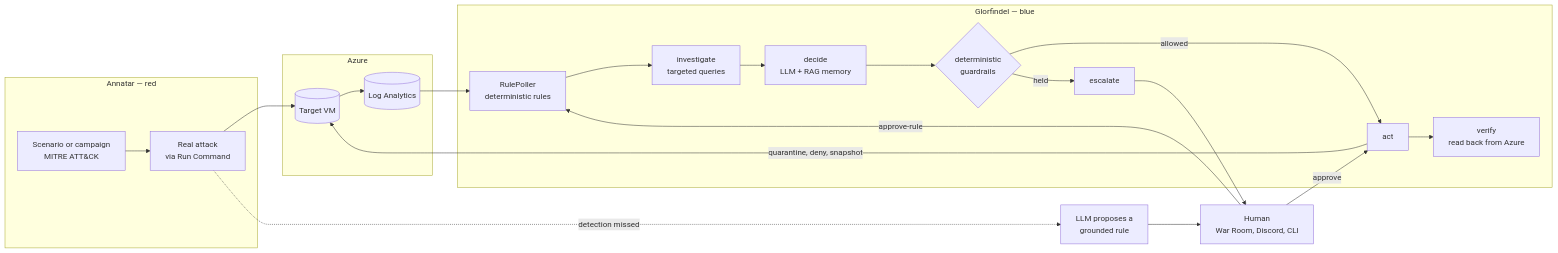
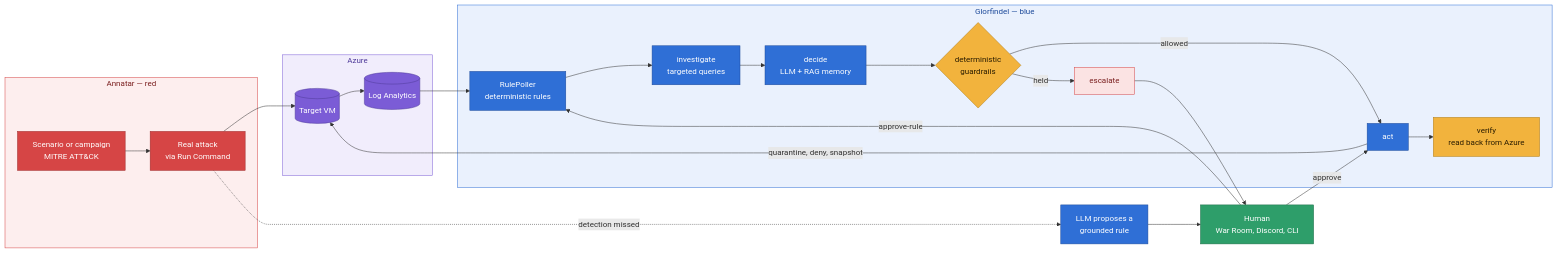
Before and after one commit to Vanyar53/eregion: the first of 3 diagrams in README.md, drawn with Mermaid. The commit also changed other lines of this file and 3 other files, not shown here.

````diff
--- a/README.md
+++ b/README.md
@@ -17,26 +17,41 @@
 ```mermaid
 flowchart LR
     subgraph Red["Annatar — red"]
         A1["Scenario or campaign<br/>MITRE ATT#amp;CK"] --> A2["Real attack<br/>via Run Command"]
     end
     subgraph Az["Azure"]
         VM[("Target VM")] --> LAW[("Log Analytics")]
     end
     subgraph Blue["Glorfindel — blue"]
         RP["RulePoller<br/>deterministic rules"] --> INV["investigate<br/>targeted queries"]
         INV --> DEC["decide<br/>LLM + RAG memory"]
         DEC --> G{"deterministic<br/>guardrails"}
         G -->|"allowed"| EX["act"]
         EX --> VER["verify<br/>read back from Azure"]
         G -->|"held"| ESC["escalate"]
     end
     H["Human<br/>War Room, Discord, CLI"]
     A2 --> VM
     LAW --> RP
     EX -->|"quarantine, deny, snapshot"| VM
     ESC --> H
     H -->|"approve"| EX
     A2 -. "detection missed" .-> PR["LLM proposes a<br/>grounded rule"]
     PR --> H
     H -->|"approve-rule"| RP
+    classDef red fill:#d64545,stroke:#9e2a2a,color:#ffffff
+    classDef azure fill:#7b5cd6,stroke:#4f3a99,color:#ffffff
+    classDef blue fill:#2f6fd6,stroke:#1d4a9a,color:#ffffff
+    classDef guard fill:#f2b33d,stroke:#b07a12,color:#2b1d00
+    classDef warn fill:#fbe3e3,stroke:#d64545,color:#7a1f1f
+    classDef human fill:#2e9e6a,stroke:#1d6b47,color:#ffffff
+    class A1,A2 red
+    class VM,LAW azure
+    class RP,INV,DEC,EX,PR blue
+    class G,VER guard
+    class ESC warn
+    class H human
+    style Red fill:#fdeeee,stroke:#d64545,color:#7a1f1f
+    style Az fill:#f1edfc,stroke:#7b5cd6,color:#4f3a99
+    style Blue fill:#eaf1fd,stroke:#2f6fd6,color:#1d4a9a
 ```
````
